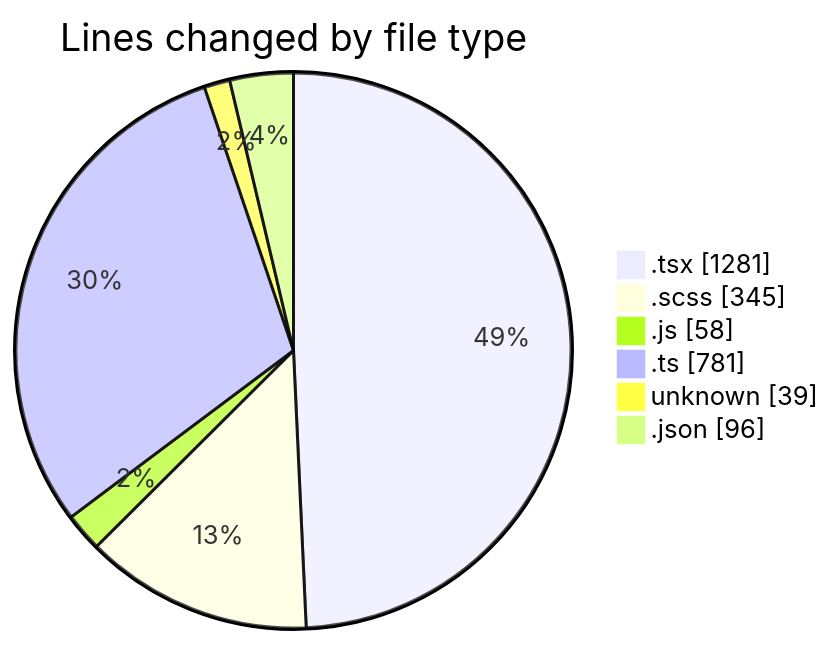
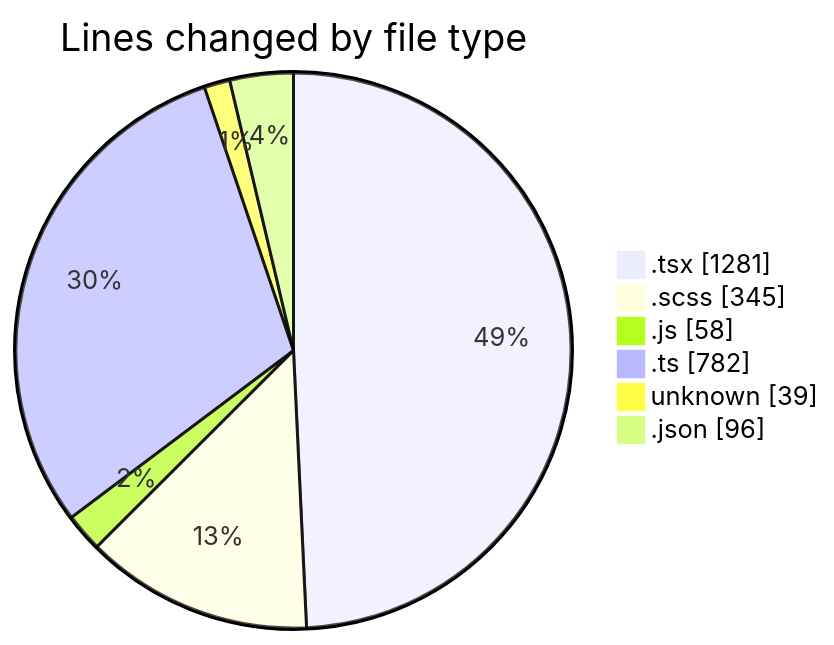
The first of 2 diagrams in 2025-05-02/cda/README.md (momahboobian/code-tracking), drawn with Mermaid before and after one commit. The commit also changed other lines of this file and 1 other file, not shown here.

````diff
--- a/2025-05-02/cda/README.md
+++ b/2025-05-02/cda/README.md
@@ -36,10 +36,10 @@
 ```mermaid
 pie showData
 title Lines changed by file type
 ".tsx" : 1281
 ".scss" : 345
 ".js" : 58
-".ts" : 781
+".ts" : 782
 "unknown" : 39
 ".json" : 96
 ```
````
